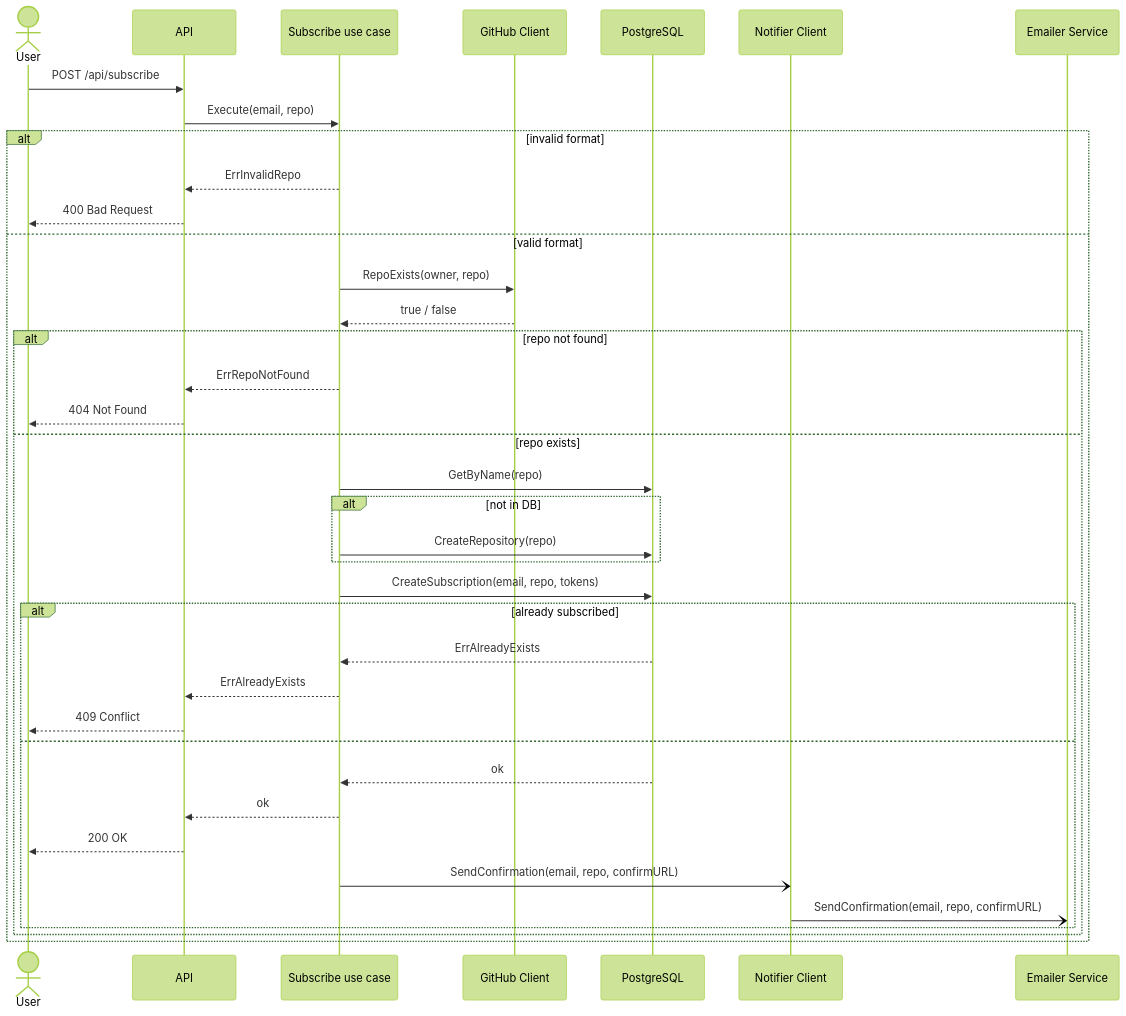
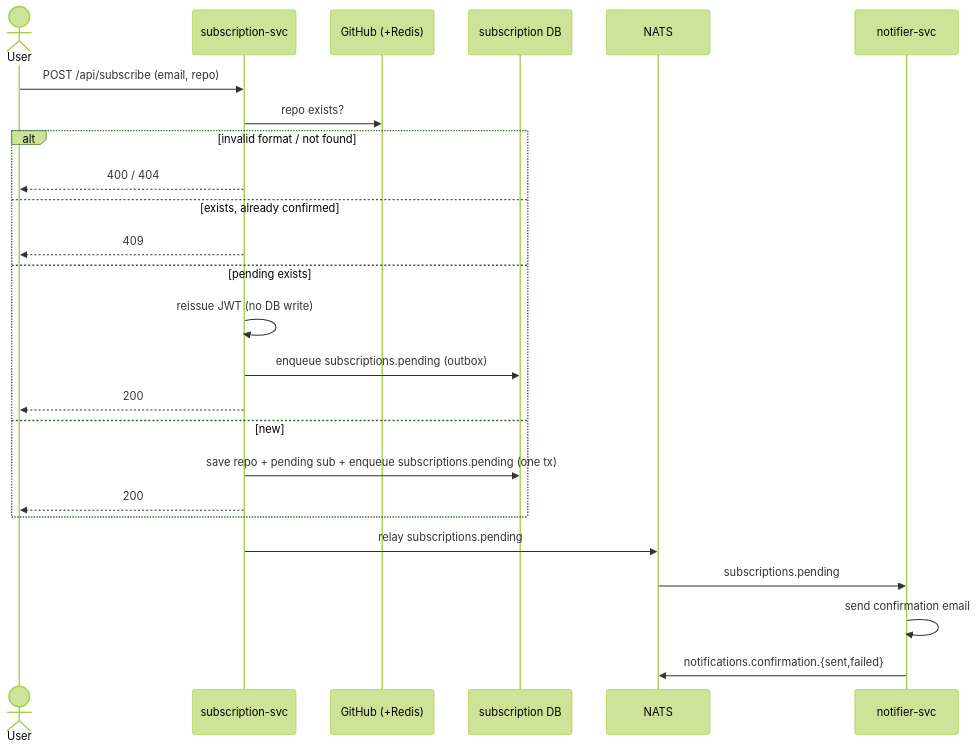
One commit to GenesisEducationKyiv/software-engineering-school-6-0-mzabrodin changed the fourth of 9 diagrams in docs/sdd.md. Above: the diagram before and after it, drawn with Mermaid (forest theme). The commit also changed other lines of this file and 15 other files, not shown here.

Commit message:
docs(ADR): remove outdated ADRs 002, 004, 005, and 009; add ADR-012 for event-driven architecture

````diff
--- a/docs/sdd.md
+++ b/docs/sdd.md
@@ -132,40 +113,27 @@
 ```mermaid
 sequenceDiagram
     actor User
-    participant API
-    participant UC as Subscribe use case
-    participant GH as GitHub Client
-    participant DB as PostgreSQL
-    participant EC as Notifier Client
-    participant ES as Emailer Service
-    User ->> API: POST /api/subscribe
-    API ->> UC: Execute(email, repo)
-    alt invalid format
-        UC -->> API: ErrInvalidRepo
-        API -->> User: 400 Bad Request
-    else valid format
-        UC ->> GH: RepoExists(owner, repo)
-        GH -->> UC: true / false
-        alt repo not found
-            UC -->> API: ErrRepoNotFound
-            API -->> User: 404 Not Found
-        else repo exists
-            UC ->> DB: GetByName(repo)
-            alt not in DB
-                UC ->> DB: CreateRepository(repo)
-            end
-            UC ->> DB: CreateSubscription(email, repo, tokens)
-            alt already subscribed
-                DB -->> UC: ErrAlreadyExists
-                UC -->> API: ErrAlreadyExists
-                API -->> User: 409 Conflict
-            else
-                DB -->> UC: ok
-                UC -->> API: ok
-                API -->> User: 200 OK
-                UC -) EC: SendConfirmation(email, repo, confirmURL)
-                EC -) ES: SendConfirmation(email, repo, confirmURL)
-            end
-        end
+    participant Sub as subscription-svc
+    participant GH as GitHub (+Redis)
+    participant DB as subscription DB
+    participant NATS
+    participant Notif as notifier-svc
+    User ->> Sub: POST /api/subscribe (email, repo)
+    Sub ->> GH: repo exists?
+    alt invalid format / not found
+        Sub -->> User: 400 / 404
+    else exists, already confirmed
+        Sub -->> User: 409
+    else pending exists
+        Sub ->> Sub: reissue JWT (no DB write)
+        Sub ->> DB: enqueue subscriptions.pending (outbox)
+        Sub -->> User: 200
+    else new
+        Sub ->> DB: save repo + pending sub + enqueue subscriptions.pending (one tx)
+        Sub -->> User: 200
     end
+    Sub ->> NATS: relay subscriptions.pending
+    NATS ->> Notif: subscriptions.pending
+    Notif ->> Notif: send confirmation email
+    Notif ->> NATS: notifications.confirmation.{sent,failed}
 ```
````
